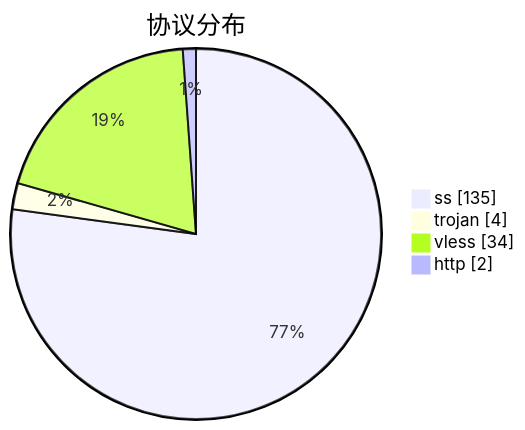
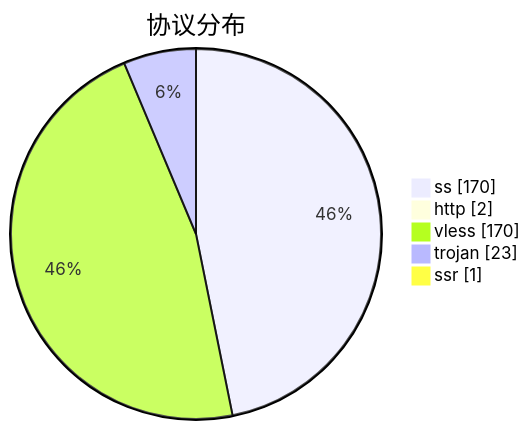
Before and after one commit to qjlxg/airport: the third of 3 diagrams in subs/statistics/tested_within.md, drawn with Mermaid. The commit also changed other lines of this file and 2 other files, not shown here.

````diff
--- a/subs/statistics/tested_within.md
+++ b/subs/statistics/tested_within.md
@@ -16,8 +18,9 @@
 ```mermaid
 pie showData
 title 协议分布
-"ss" : 135
-"trojan" : 4
-"vless" : 34
+"ss" : 170
 "http" : 2
+"vless" : 170
+"trojan" : 23
+"ssr" : 1
 ```
````
